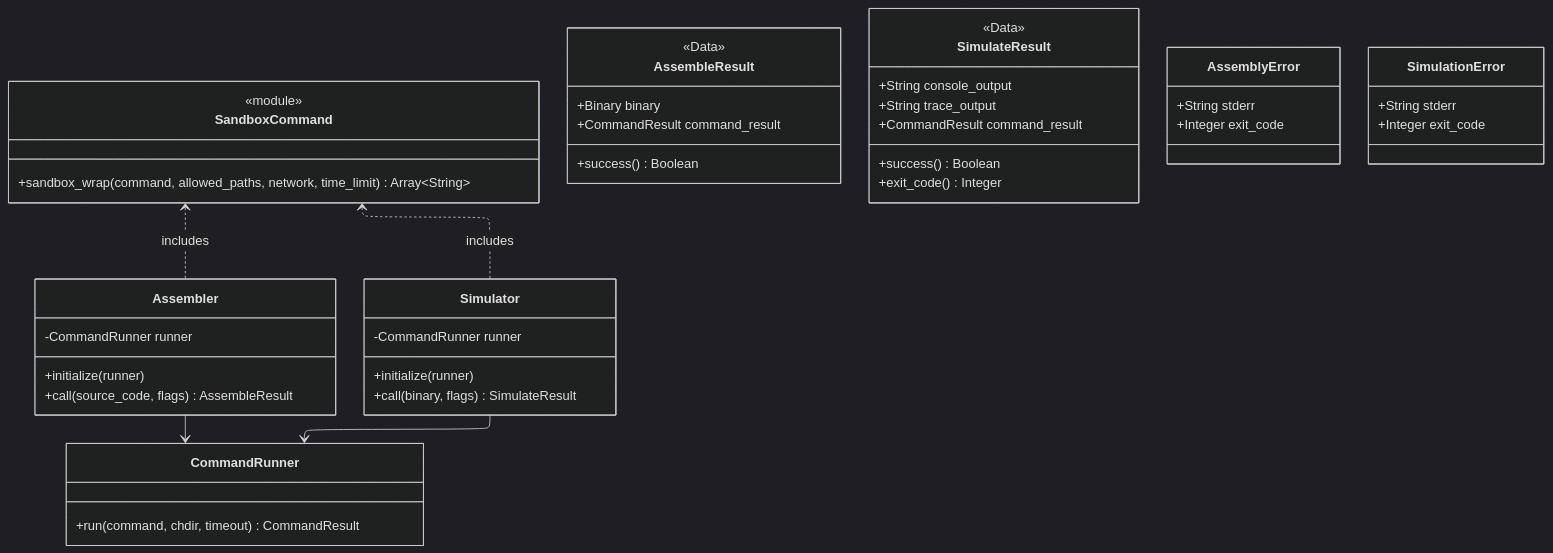
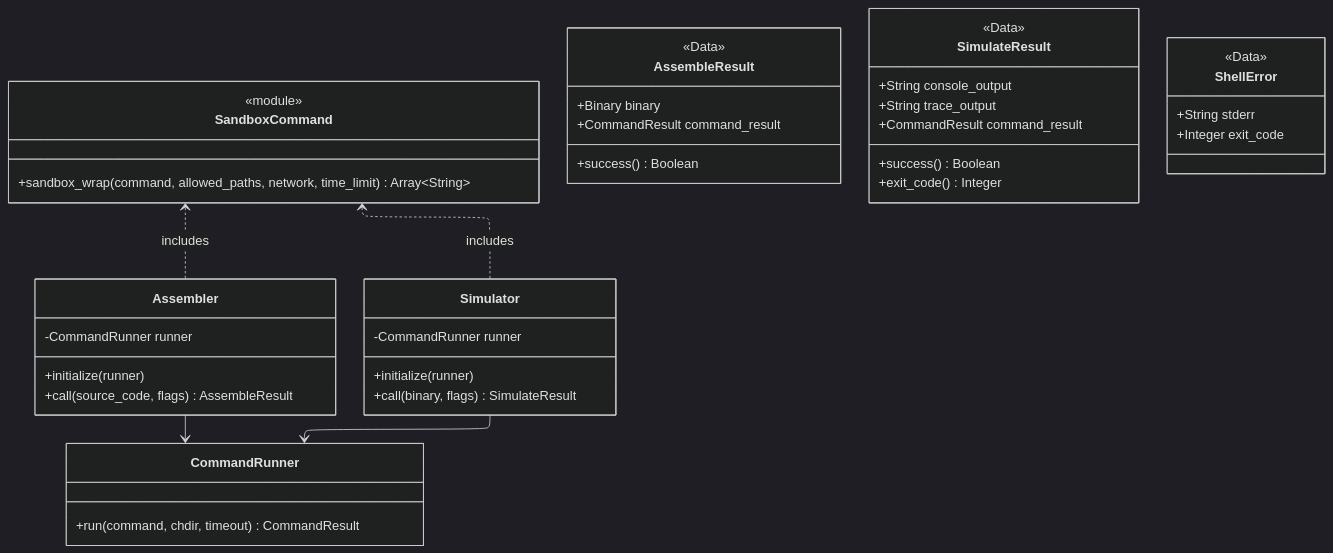
The first of 5 diagrams in docs/service_architecture.md (Wirt4/mmix-simulator), drawn with Mermaid (dark theme) before and after one commit. The commit also changed other lines of this file, not shown here.

Commit message:
remove unnecessary class from diagram

````diff
--- a/docs/service_architecture.md
+++ b/docs/service_architecture.md
@@ -13,60 +13,56 @@
 ``` mermaid
 ---
 config:
   layout: elk
 ---
 classDiagram
 direction TB
     class SandboxCommand {
 	    +sandbox_wrap(command, allowed_paths, network, time_limit) Array~String~
     }
 
     class AssembleResult {
 	    +Binary binary
 	    +CommandResult command_result
 	    +success() Boolean
     }
 
     class SimulateResult {
 	    +String console_output
 	    +String trace_output
 	    +CommandResult command_result
 	    +success() Boolean
 	    +exit_code() Integer
     }
 
     class CommandRunner {
 	    +run(command, chdir, timeout) CommandResult
     }
 
     class Assembler {
 	    -CommandRunner runner
 	    +initialize(runner)
 	    +call(source_code, flags) AssembleResult
     }
 
     class Simulator {
 	    -CommandRunner runner
 	    +initialize(runner)
 	    +call(binary, flags) SimulateResult
     }
 
-    class AssemblyError {
+    class ShellError {
 	    +String stderr
 	    +Integer exit_code
     }
 
-    class SimulationError {
-	    +String stderr
-	    +Integer exit_code
-    }
-
+	<<Data>>   ShellError
 	<<module>> SandboxCommand
 	<<Data>> AssembleResult
 	<<Data>> SimulateResult
 
     Assembler --> CommandRunner
     Simulator --> CommandRunner
     SandboxCommand <.. Assembler : includes
     SandboxCommand <.. Simulator : includes
 ```
````
